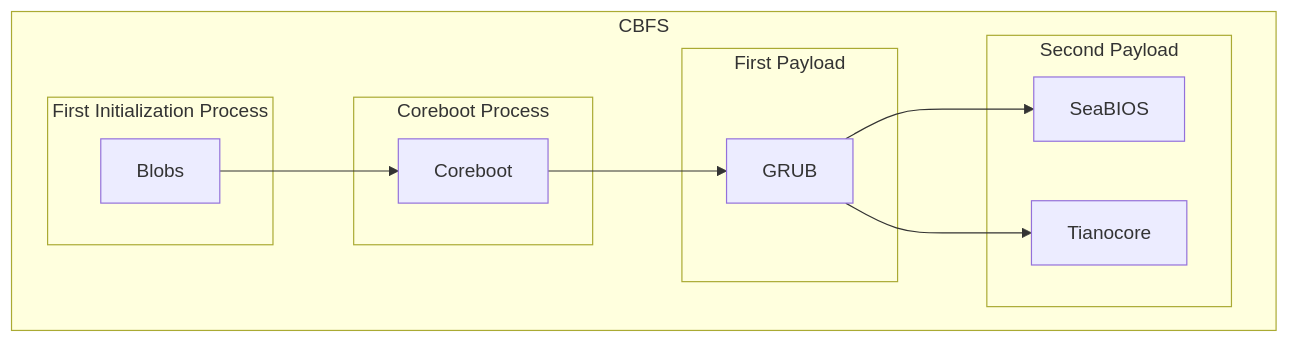
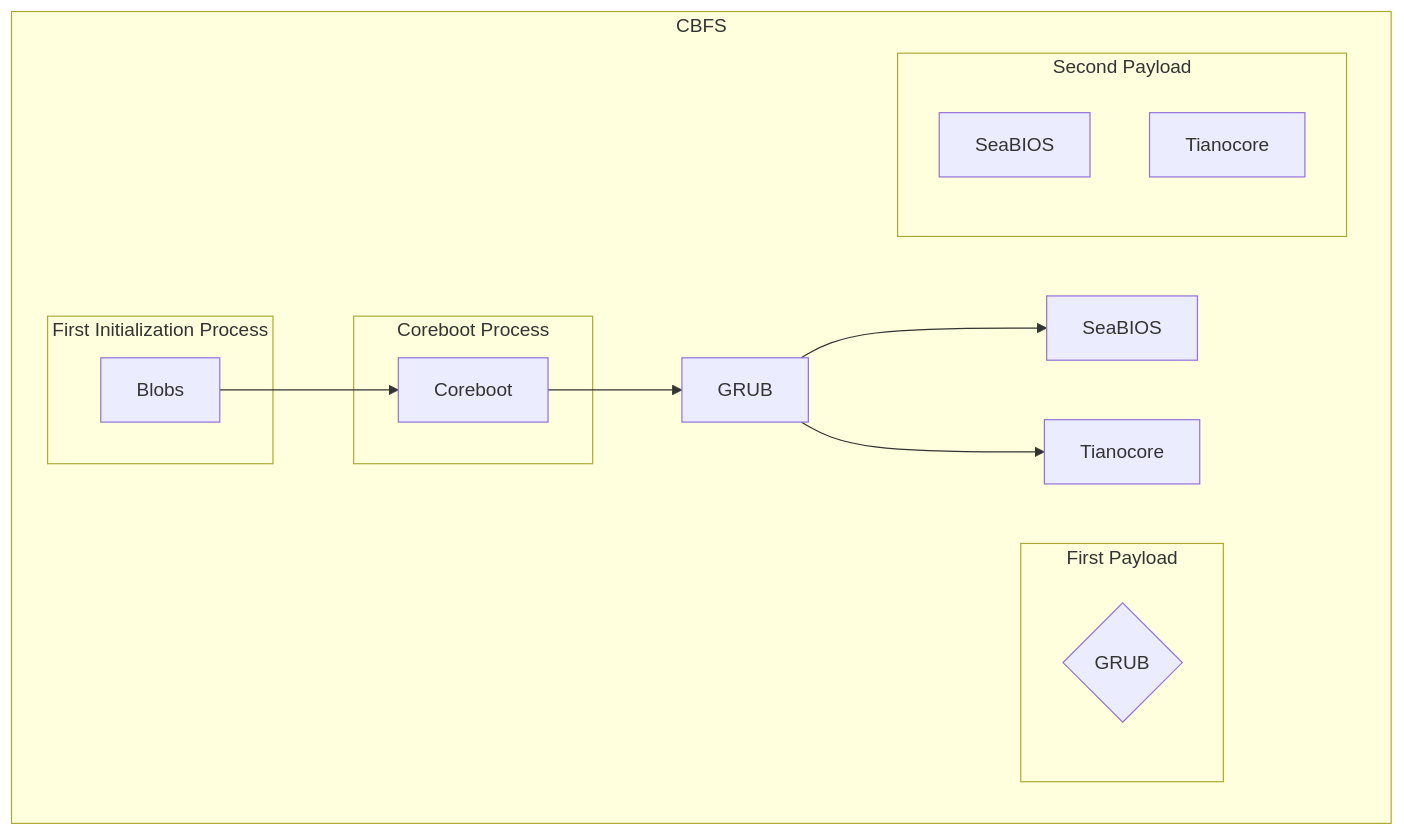
The diagram in README.md (Ch3ckm4t3C1ph3r/Lenovo-Ideapad-320-14ISK-_Coreboot-Adaptation_), drawn with Mermaid before and after one commit.

Commit message:
Update diagram nodes in README.md

````diff
--- a/README.md
+++ b/README.md
@@ -99,29 +99,29 @@
 ```mermaid
 flowchart LR;
     subgraph CBFS
         direction LR
 
         %% Not publicly documented boot process
         subgraph First Initialization Process
         Blobs
         end
 
         Blobs --> Coreboot
 
         subgraph Coreboot Process
         Coreboot
         end
     
         Coreboot-->GRUB
     
         subgraph First Payload
-        GRUB
+        p1{GRUB}
         end
     
         GRUB-->SeaBIOS & Tianocore
     
         subgraph Second Payload
-        SeaBIOS & Tianocore
+        p2_1[SeaBIOS] & p2_2[Tianocore]
         end
     end
 ```
````
